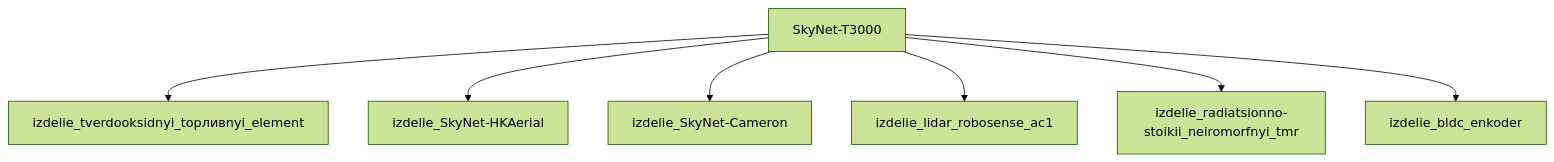
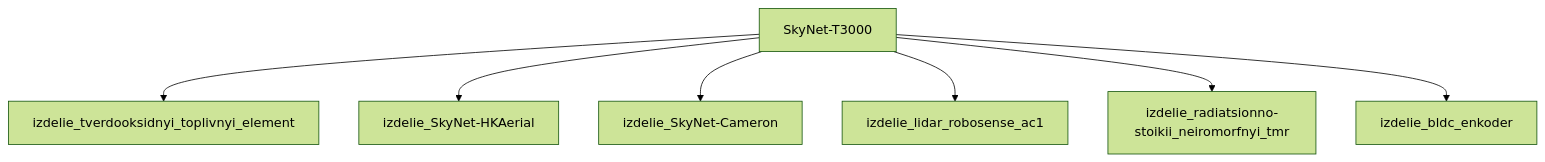
Before and after one commit to a-m-e-n-t-e-t/SkyNet: the diagram in результаты/модели/t3000/фантастическая реализация/_index.md, drawn with Mermaid (forest theme). The commit also changed other lines of this file and 53 other files, not shown here.

````diff
--- a/результаты/модели/t3000/фантастическая реализация/_index.md
+++ b/результаты/модели/t3000/фантастическая реализация/_index.md
@@ -168,16 +117,16 @@
 ```mermaid
 graph TD
     SkyNet_T3000["SkyNet-T3000"]
-    izdelie_tverdooksidnyi_top___nyi_element["izdelie_tverdooksidnyi_topливnyi_element"]
-    SkyNet_T3000 --> izdelie_tverdooksidnyi_top___nyi_element
+    izdelie_tverdooksidnyi_toplivnyi_element["izdelie_tverdooksidnyi_toplivnyi_element"]
+    SkyNet_T3000 --> izdelie_tverdooksidnyi_toplivnyi_element
     izdelie_SkyNet_HKAerial["izdelie_SkyNet-HKAerial"]
     SkyNet_T3000 --> izdelie_SkyNet_HKAerial
     izdelie_SkyNet_Cameron["izdelie_SkyNet-Cameron"]
     SkyNet_T3000 --> izdelie_SkyNet_Cameron
     izdelie_lidar_robosense_ac1["izdelie_lidar_robosense_ac1"]
     SkyNet_T3000 --> izdelie_lidar_robosense_ac1
     izdelie_radiatsionno_stoikii_neiromorfnyi_tmr["izdelie_radiatsionno-stoikii_neiromorfnyi_tmr"]
     SkyNet_T3000 --> izdelie_radiatsionno_stoikii_neiromorfnyi_tmr
     izdelie_bldc_enkoder["izdelie_bldc_enkoder"]
     SkyNet_T3000 --> izdelie_bldc_enkoder
 ```
````
